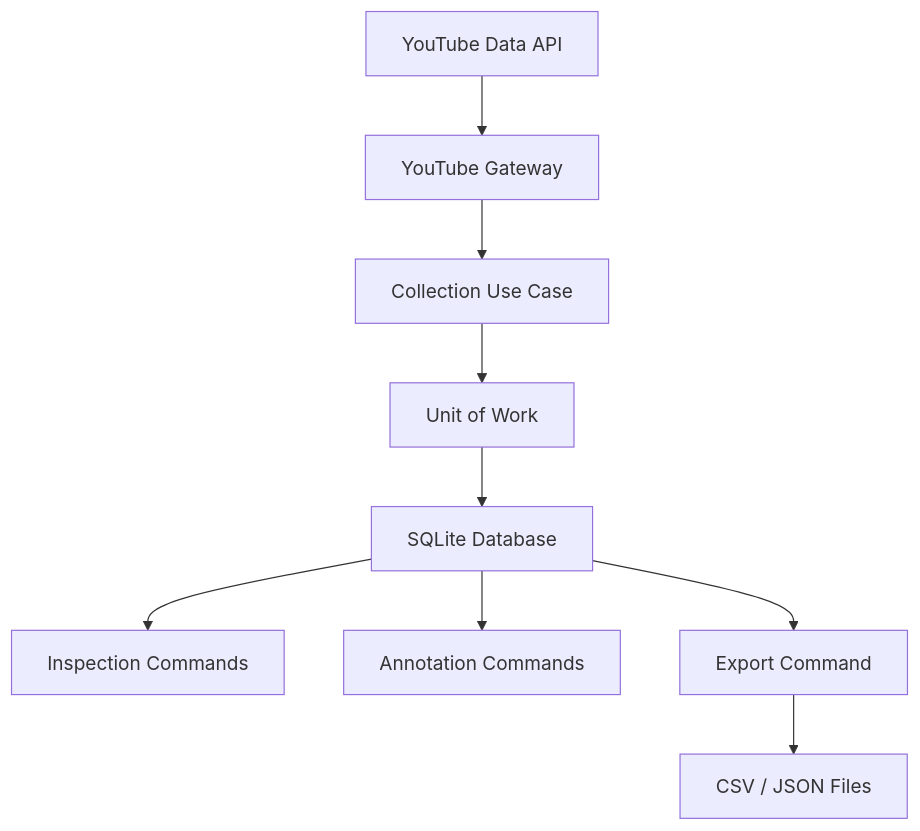
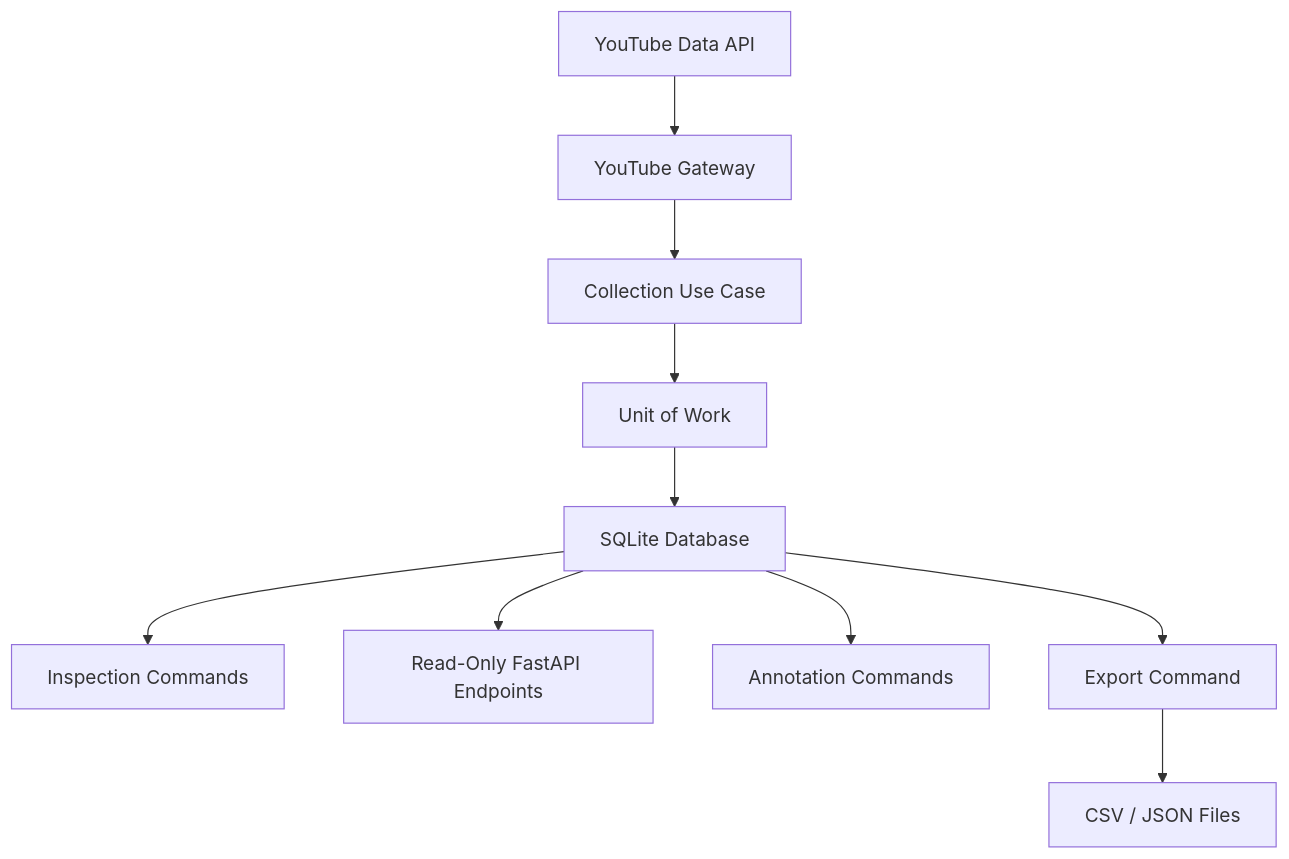
One commit to Inam-kakar/Fencing-Video-Research-Agent changed the second of 2 diagrams in README.md. Above: the diagram before and after it, drawn with Mermaid. The commit also changed other lines of this file and 25 other files, not shown here.

Commit message:
Add read-only FastAPI API

````diff
--- a/README.md
+++ b/README.md
@@ -107,11 +112,12 @@
 ```mermaid
 flowchart TD
     YT["YouTube Data API"] --> Gateway["YouTube Gateway"]
     Gateway --> Collect["Collection Use Case"]
     Collect --> UOW["Unit of Work"]
     UOW --> DB["SQLite Database"]
     DB --> Inspect["Inspection Commands"]
+    DB --> API["Read-Only FastAPI Endpoints"]
     DB --> Annotate["Annotation Commands"]
     DB --> Export["Export Command"]
     Export --> Files["CSV / JSON Files"]
 ```
````
